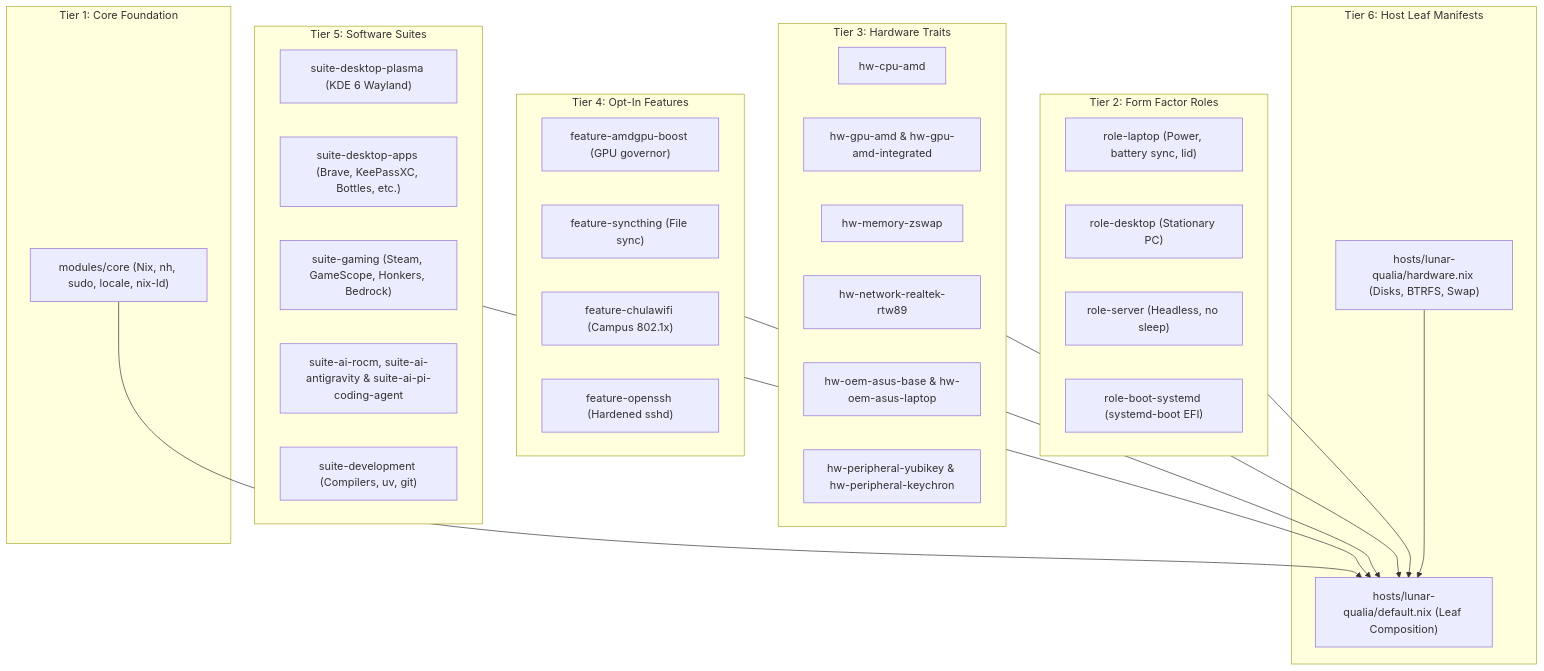
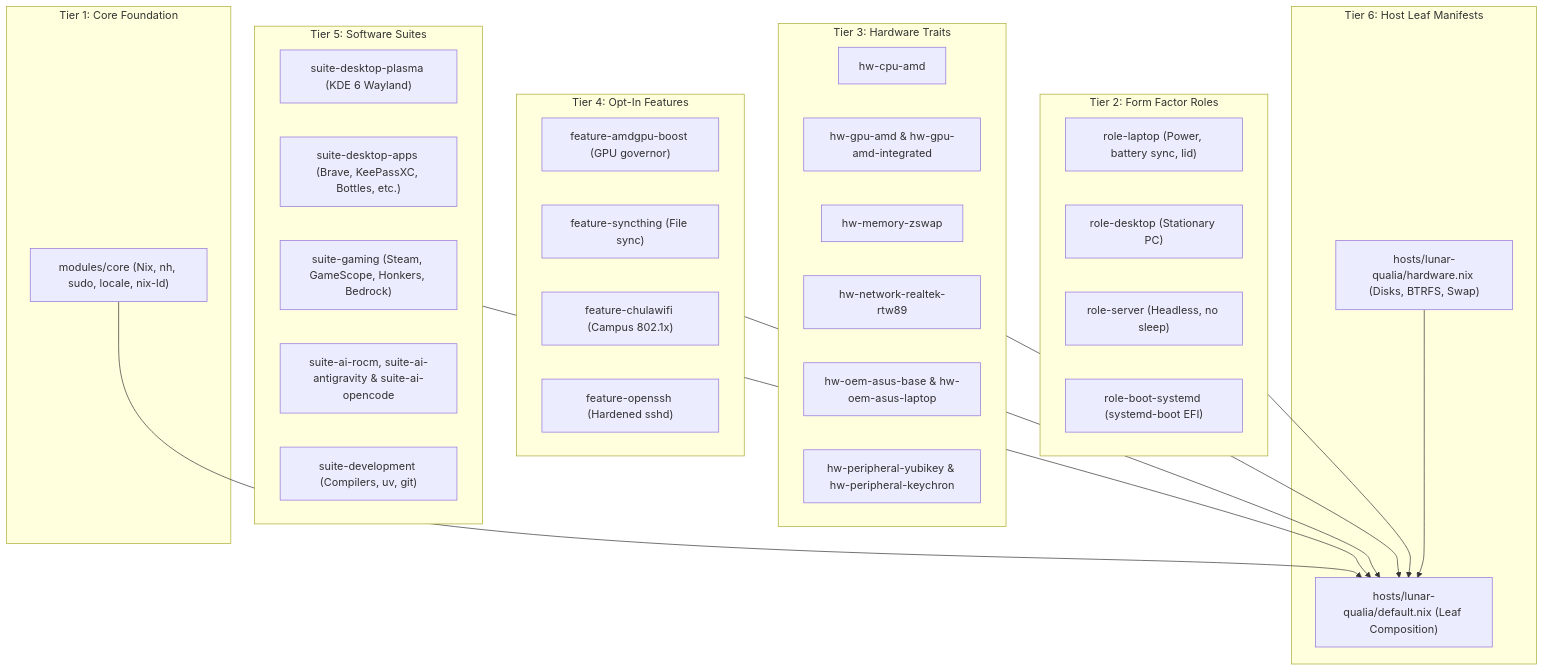
The diagram in AGENTS.md (lithinnon/lunar-witches), drawn with Mermaid before and after one commit. The commit also changed other lines of this file and 7 other files, not shown here.

Commit message:
feat(ai): replace pi-coding-agent suite with suite-ai-opencode

````diff
--- a/AGENTS.md
+++ b/AGENTS.md
@@ -41,49 +41,49 @@
 ```mermaid
 flowchart TD
     subgraph T1["Tier 1: Core Foundation"]
         C["modules/core (Nix, nh, sudo, locale, nix-ld)"]
     end
 
     subgraph T2["Tier 2: Form Factor Roles"]
         R1["role-laptop (Power, battery sync, lid)"]
         R2["role-desktop (Stationary PC)"]
         R3["role-server (Headless, no sleep)"]
         R4["role-boot-systemd (systemd-boot EFI)"]
     end
 
     subgraph T3["Tier 3: Hardware Traits"]
         H1["hw-cpu-amd"]
         H2["hw-gpu-amd & hw-gpu-amd-integrated"]
         H3["hw-memory-zswap"]
         H4["hw-network-realtek-rtw89"]
         H5["hw-oem-asus-base & hw-oem-asus-laptop"]
         H6["hw-peripheral-yubikey & hw-peripheral-keychron"]
     end
 
     subgraph T4["Tier 4: Opt-In Features"]
         F1["feature-amdgpu-boost (GPU governor)"]
         F2["feature-syncthing (File sync)"]
         F3["feature-chulawifi (Campus 802.1x)"]
         F4["feature-openssh (Hardened sshd)"]
     end
 
     subgraph T5["Tier 5: Software Suites"]
         S1["suite-desktop-plasma (KDE 6 Wayland)"]
         S2["suite-desktop-apps (Brave, KeePassXC, Bottles, etc.)"]
         S3["suite-gaming (Steam, GameScope, Honkers, Bedrock)"]
-        S4["suite-ai-rocm, suite-ai-antigravity & suite-ai-pi-coding-agent"]
+        S4["suite-ai-rocm, suite-ai-antigravity & suite-ai-opencode"]
         S5["suite-development (Compilers, uv, git)"]
     end
 
     subgraph T6["Tier 6: Host Leaf Manifests"]
         L1["hosts/lunar-qualia/default.nix (Leaf Composition)"]
         L2["hosts/lunar-qualia/hardware.nix (Disks, BTRFS, Swap)"]
     end
 
     C --> L1
     T2 --> L1
     T3 --> L1
     T4 --> L1
     T5 --> L1
     L2 --> L1
 ```
````
